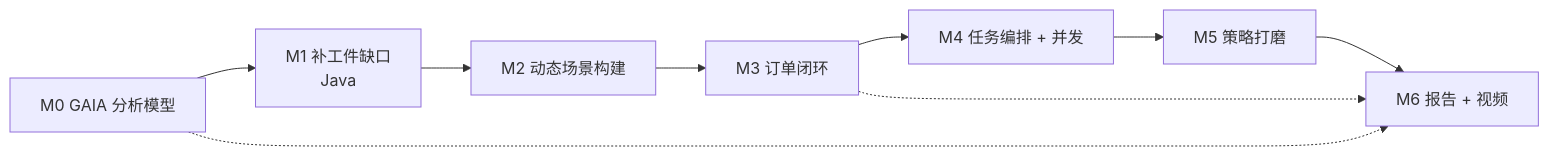
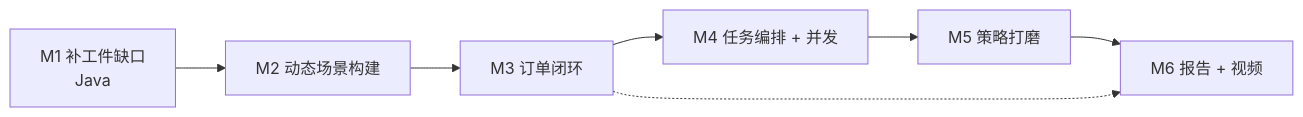
Before and after one commit to wufangxun106334-pixel/COMP40040_Project: the diagram in SOP.md, drawn with Mermaid. The commit also changed other lines of this file and 7 other files, not shown here.

````diff
--- a/SOP.md
+++ b/SOP.md
@@ -65,11 +62,9 @@
 ```mermaid
 graph LR
-    M0[M0 GAIA 分析模型] --> M1[M1 补工件缺口<br/>Java]
-    M1 --> M2[M2 动态场景构建]
+    M1[M1 补工件缺口<br/>Java] --> M2[M2 动态场景构建]
     M2 --> M3[M3 订单闭环]
     M3 --> M4[M4 任务编排 + 并发]
     M4 --> M5[M5 策略打磨]
     M5 --> M6[M6 报告 + 视频]
     M3 -.-> M6
-    M0 -.-> M6
 ```
````
